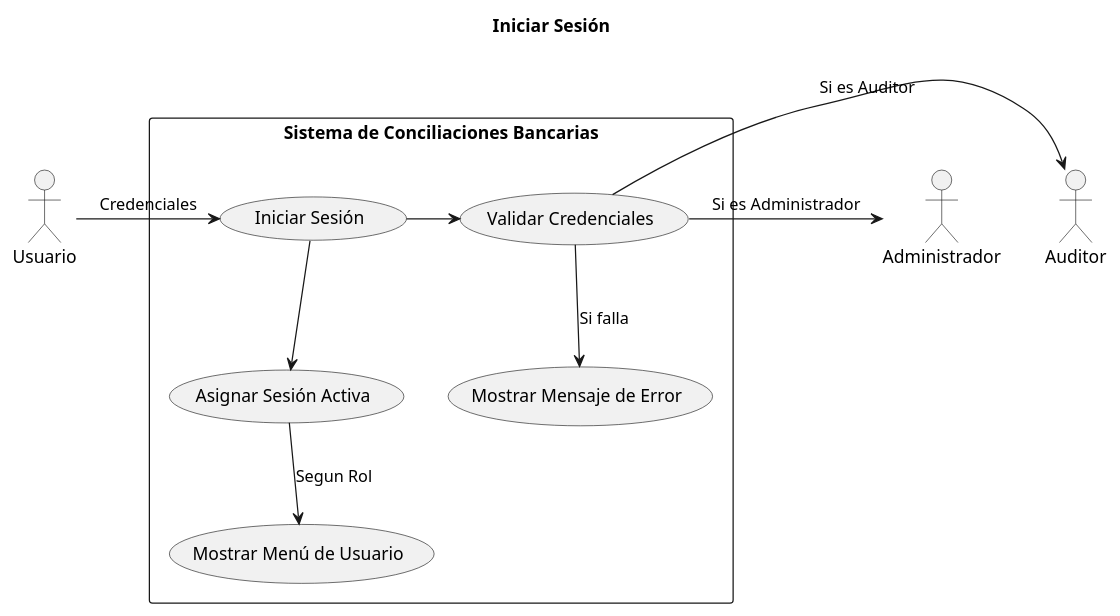
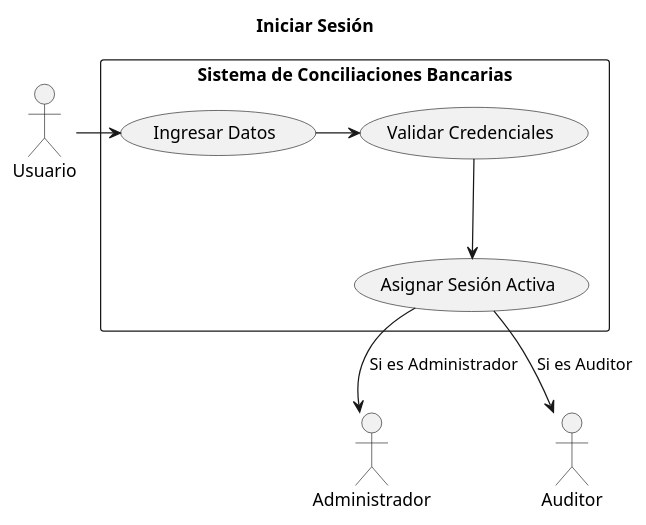
One commit to ricardouriegas/sistema-de-consilaciones-bancarias changed the diagram in IniciarSesion.puml. Above: the diagram before and after it, drawn with PlantUML.

Commit message:
login ready

```diff
--- a/IniciarSesion.puml
+++ b/IniciarSesion.puml
@@ -1,21 +1,17 @@
 @startuml IniciarSesion
 title Iniciar Sesión
 
 actor Usuario
 actor Administrador as admin
 actor Auditor as auditor
 
 rectangle "Sistema de Conciliaciones Bancarias" {
-    Usuario -> (Iniciar Sesión) : Credenciales
+    Usuario -> (Ingresar Datos)
+    (Ingresar Datos) -> (Validar Credenciales)
+    (Validar Credenciales) --> (Asignar Sesión Activa)
 
-    (Iniciar Sesión) -> (Validar Credenciales)
-    (Iniciar Sesión) --> (Asignar Sesión Activa)
-
-    (Validar Credenciales) --> (Mostrar Mensaje de Error) : Si falla
-    (Asignar Sesión Activa) --> (Mostrar Menú de Usuario) : Segun Rol
-
-    (Validar Credenciales) -> admin : Si es Administrador
-    (Validar Credenciales) -> auditor : Si es Auditor
+    (Asignar Sesión Activa) --> admin : Si es Administrador
+    (Asignar Sesión Activa) --> auditor : Si es Auditor
 }
 
 @enduml
```
